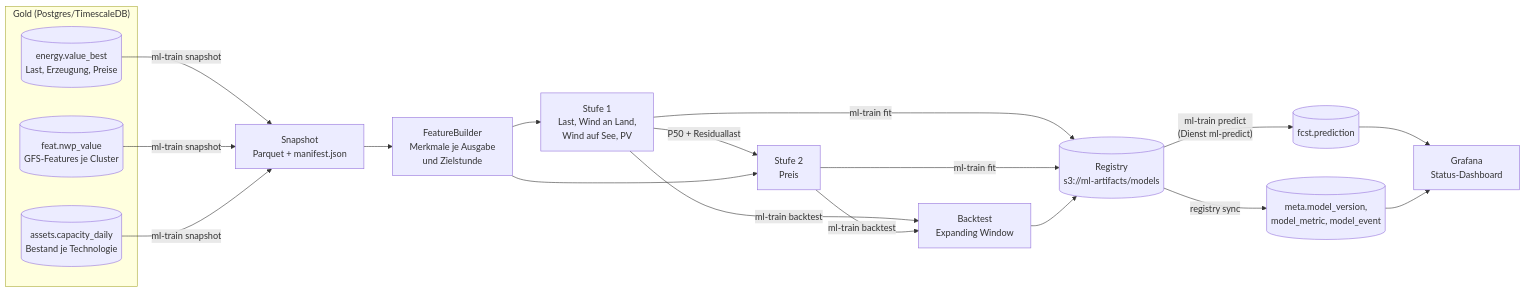
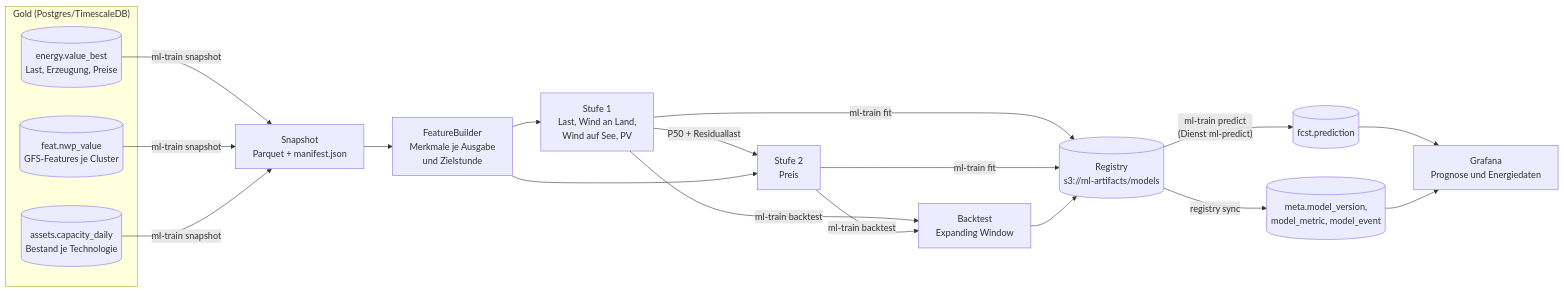
One commit to the78mole/PredictionDB changed the first of 4 diagrams in docs/PROGNOSEMODELLE.md. Above: the diagram before and after it, drawn with Mermaid. The commit also changed other lines of this file and 17 other files, not shown here.

First line of the commit message:
feat(grafana): Status-Dashboard in Prognose und Energiedaten, Wetter und System aufteilen

````diff
--- a/docs/PROGNOSEMODELLE.md
+++ b/docs/PROGNOSEMODELLE.md
@@ -46,19 +46,19 @@
 ```mermaid
 flowchart LR
     subgraph GOLD["Gold (Postgres/TimescaleDB)"]
         EV[("energy.value_best<br/>Last, Erzeugung, Preise")]
         NWP[("feat.nwp_value<br/>GFS-Features je Cluster")]
         CAP[("assets.capacity_daily<br/>Bestand je Technologie")]
     end
     EV & NWP & CAP -- "ml-train snapshot" --> SN["Snapshot<br/>Parquet + manifest.json"]
     SN --> FB["FeatureBuilder<br/>Merkmale je Ausgabe<br/>und Zielstunde"]
     FB --> S1["Stufe 1<br/>Last, Wind an Land,<br/>Wind auf See, PV"]
     S1 -- "P50 + Residuallast" --> S2["Stufe 2<br/>Preis"]
     FB --> S2
     S1 & S2 -- "ml-train backtest" --> BT["Backtest<br/>Expanding Window"]
     S1 & S2 -- "ml-train fit" --> REG[("Registry<br/>s3://ml-artifacts/models")]
     BT --> REG
     REG -- "ml-train predict<br/>(Dienst ml-predict)" --> FC[("fcst.prediction")]
     REG -- "registry sync" --> META[("meta.model_version,<br/>model_metric, model_event")]
-    FC & META --> GF["Grafana<br/>Status-Dashboard"]
+    FC & META --> GF["Grafana<br/>Prognose und Energiedaten"]
 ```
````
